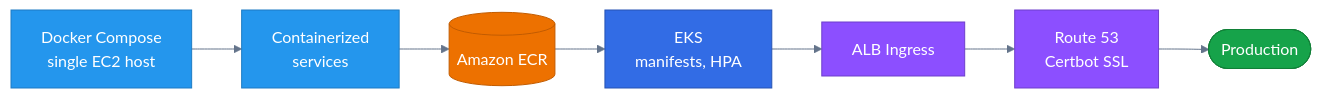
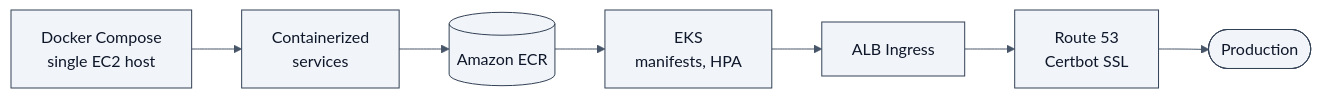
The fourth of 7 diagrams in README.md (Rohit-1920/Rohit-1920), drawn with Mermaid before and after one commit. The commit also changed other lines of this file, not shown here.

````diff
--- a/README.md
+++ b/README.md
@@ -283,16 +246,5 @@
 ```mermaid
-%%{init: {'theme':'base','themeVariables':{'fontFamily':'Inter, ui-sans-serif, system-ui, sans-serif','lineColor':'#64748B','primaryTextColor':'#0F172A'}}}%%
+%%{init: {'theme':'base','themeVariables':{'fontFamily':'Inter, ui-sans-serif, system-ui, sans-serif','primaryColor':'#F1F5F9','primaryBorderColor':'#334155','primaryTextColor':'#0F172A','lineColor':'#475569'}}}%%
 flowchart LR
   DC["Docker Compose<br/>single EC2 host"] --> SV["Containerized<br/>services"] --> ECR[("Amazon ECR")] --> EKS["EKS<br/>manifests, HPA"] --> ALB["ALB Ingress"] --> R53["Route 53<br/>Certbot SSL"] --> PROD(["Production"])
-
-  classDef docker fill:#2496ED,stroke:#1D7BC4,color:#FFFFFF
-  classDef aws fill:#ED7100,stroke:#C25C00,color:#FFFFFF
-  classDef net fill:#8C4FFF,stroke:#6F3FCC,color:#FFFFFF
-  classDef k8s fill:#326CE5,stroke:#2653B3,color:#FFFFFF
-  classDef done fill:#16A34A,stroke:#128038,color:#FFFFFF
-  class DC,SV docker
-  class ECR aws
-  class ALB,R53 net
-  class EKS k8s
-  class PROD done
 ```
````
